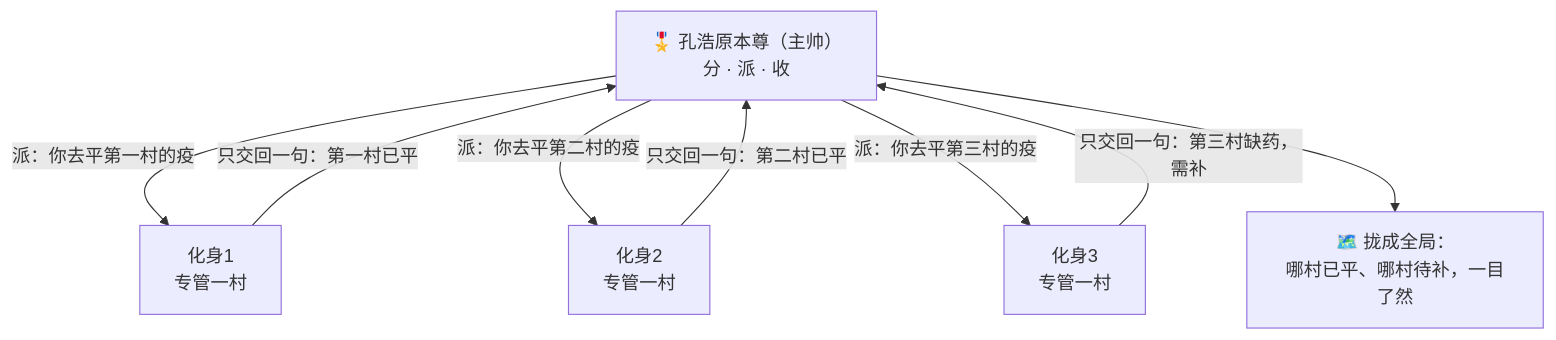
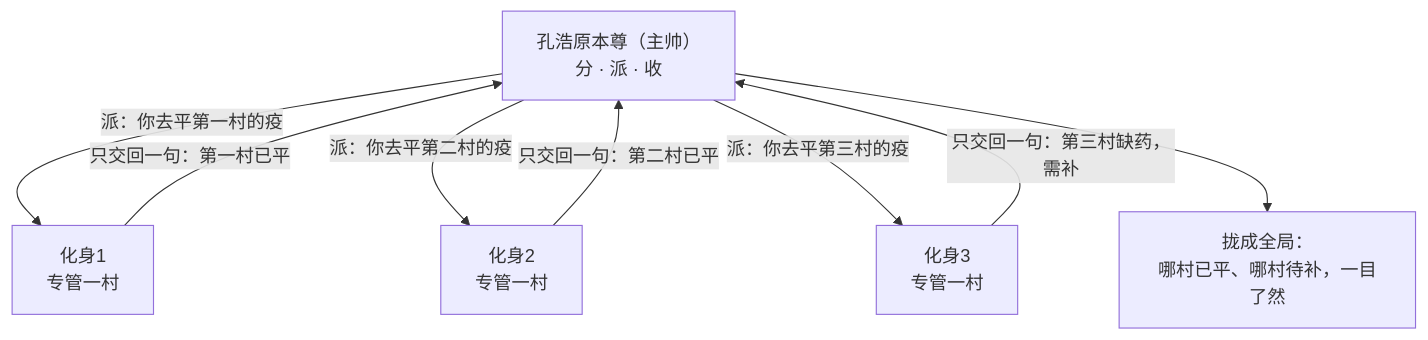
Before and after one commit to luckykhy/KhyAiHub: the second of 3 diagrams in docs/09_STORY_修仙学AI/STORY-番外/[STORY-番外-106] 番外07·万化调兵·分身有主.md, drawn with Mermaid. The commit also changed other lines of this file and 19 other files, not shown here.

````diff
--- a/docs/09_STORY_修仙学AI/STORY-番外/[STORY-番外-106] 番外07·万化调兵·分身有主.md
+++ b/docs/09_STORY_修仙学AI/STORY-番外/[STORY-番外-106] 番外07·万化调兵·分身有主.md
@@ -72,11 +72,11 @@
 ```mermaid
 flowchart TB
-  SHUAI["🎖️ 孔浩原本尊（主帅）<br/>分 · 派 · 收"]
+  SHUAI["孔浩原本尊（主帅）<br/>分 · 派 · 收"]
   SHUAI -->|"派：你去平第一村的疫"| F1["化身1<br/>专管一村"]
   SHUAI -->|"派：你去平第二村的疫"| F2["化身2<br/>专管一村"]
   SHUAI -->|"派：你去平第三村的疫"| F3["化身3<br/>专管一村"]
   F1 -->|"只交回一句：第一村已平"| SHUAI
   F2 -->|"只交回一句：第二村已平"| SHUAI
   F3 -->|"只交回一句：第三村缺药，需补"| SHUAI
-  SHUAI --> DONE["🗺️ 拢成全局：<br/>哪村已平、哪村待补，一目了然"]
+  SHUAI --> DONE["拢成全局：<br/>哪村已平、哪村待补，一目了然"]
 ```
````
